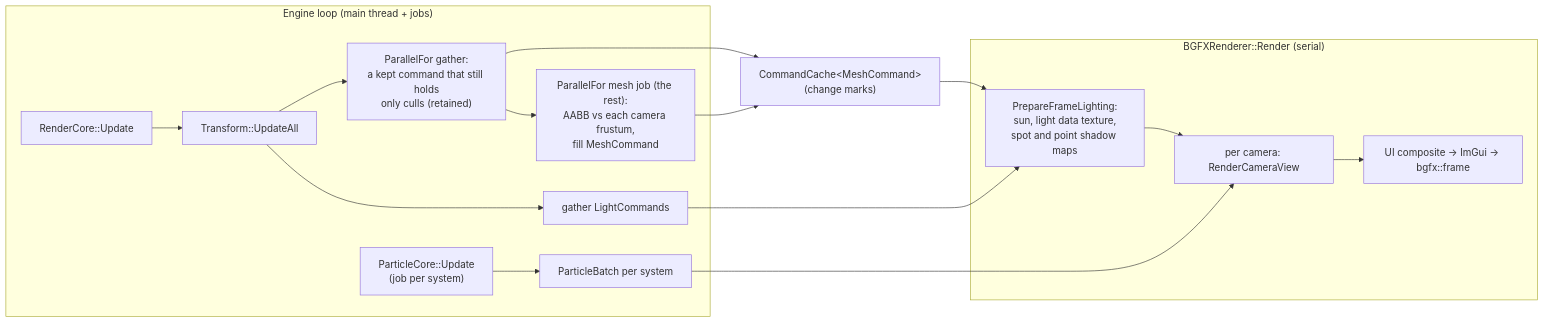
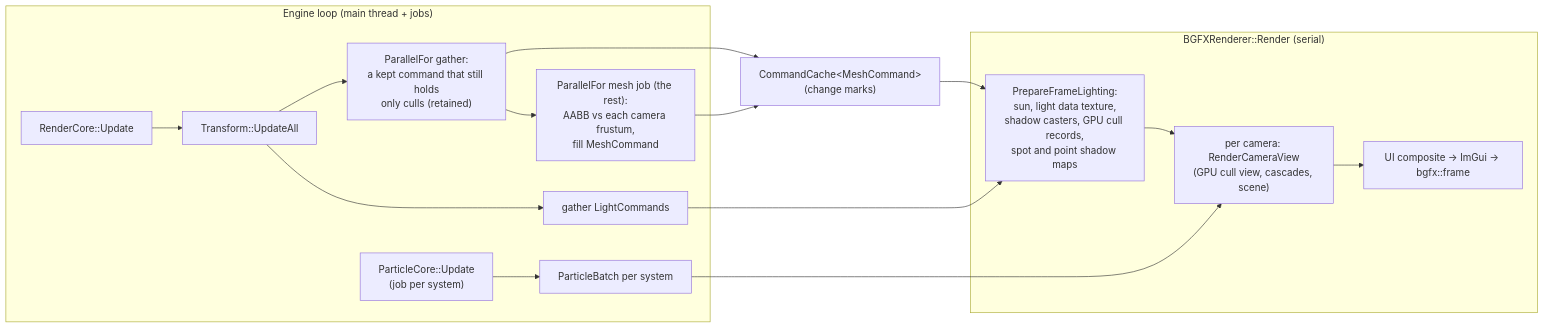
One commit to wobbier/MitchEngine changed the diagram in Docs/Rendering-Pipeline.md. Above: the diagram before and after it, drawn with Mermaid. The commit also changed other lines of this file and 45 other files, not shown here.

````diff
--- a/Docs/Rendering-Pipeline.md
+++ b/Docs/Rendering-Pipeline.md
@@ -72,19 +73,19 @@
 ```mermaid
 flowchart LR
     subgraph ECS["Engine loop (main thread + jobs)"]
         PC["ParticleCore::Update<br/>(job per system)"] --> PB["ParticleBatch per system"]
         RC["RenderCore::Update"] --> TU["Transform::UpdateAll"]
         TU --> LG["gather LightCommands"]
         TU --> GA["ParallelFor gather:<br/>a kept command that still holds<br/>only culls (retained)"]
         GA --> MJ["ParallelFor mesh job (the rest):<br/>AABB vs each camera frustum,<br/>fill MeshCommand"]
     end
     GA --> MC["CommandCache&lt;MeshCommand&gt;<br/>(change marks)"]
     MJ --> MC
     subgraph R["BGFXRenderer::Render (serial)"]
-        F["PrepareFrameLighting:<br/>sun, light data texture,<br/>spot and point shadow maps"] --> C["per camera: RenderCameraView"]
+        F["PrepareFrameLighting:<br/>sun, light data texture,<br/>shadow casters, GPU cull records,<br/>spot and point shadow maps"] --> C["per camera: RenderCameraView<br/>(GPU cull view, cascades, scene)"]
         C --> P["UI composite → ImGui → bgfx::frame"]
     end
     MC --> F
     LG --> F
     PB --> C
 ```
````
